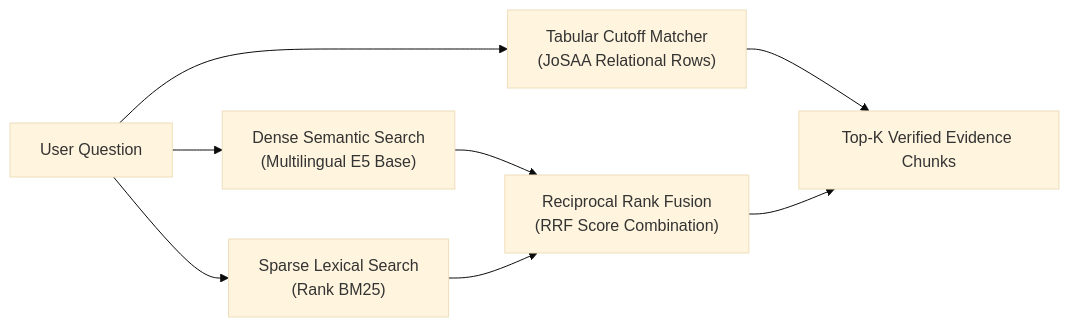
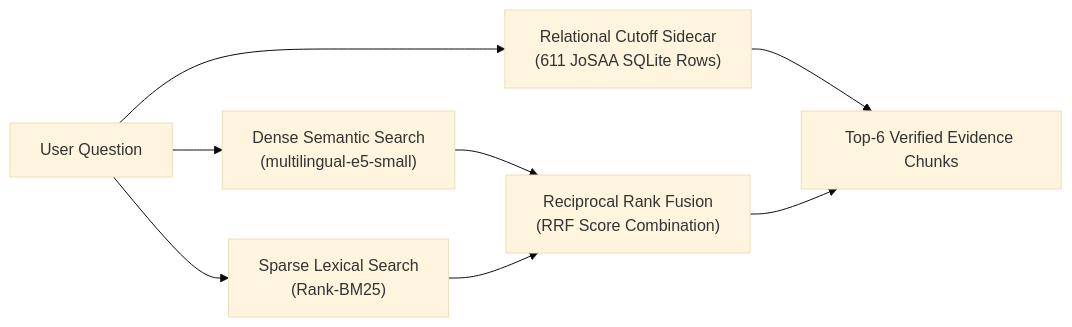
The second of 2 diagrams in idea/presentation/working/08-institute-agent.md (Punyansh26/minorprojectsem5), drawn with Mermaid (base theme) before and after one commit. The commit also changed other lines of this file and 14 other files, not shown here.

First line of the commit message:
Refactor web client specifications and architecture decisions for clarity and detail

````diff
--- a/idea/presentation/working/08-institute-agent.md
+++ b/idea/presentation/working/08-institute-agent.md
@@ -68,11 +76,11 @@
 ```mermaid
 flowchart LR
-    Query["User Question"] --> Dense["Dense Semantic Search\n(Multilingual E5 Base)"]
-    Query --> Sparse["Sparse Lexical Search\n(Rank BM25)"]
-    Query --> Tabular["Tabular Cutoff Matcher\n(JoSAA Relational Rows)"]
+    Query["User Question"] --> Dense["Dense Semantic Search\n(multilingual-e5-small)"]
+    Query --> Sparse["Sparse Lexical Search\n(Rank-BM25)"]
+    Query --> Tabular["Relational Cutoff Sidecar\n(611 JoSAA SQLite Rows)"]
 
     Dense --> RRF["Reciprocal Rank Fusion\n(RRF Score Combination)"]
     Sparse --> RRF
-    Tabular --> FinalChunks["Top-K Verified Evidence Chunks"]
+    Tabular --> FinalChunks["Top-6 Verified Evidence Chunks"]
     RRF --> FinalChunks
 ```
````
